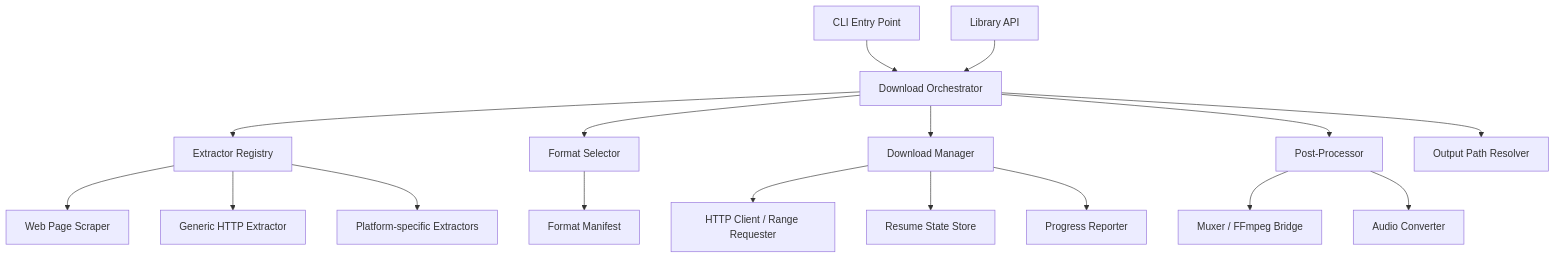
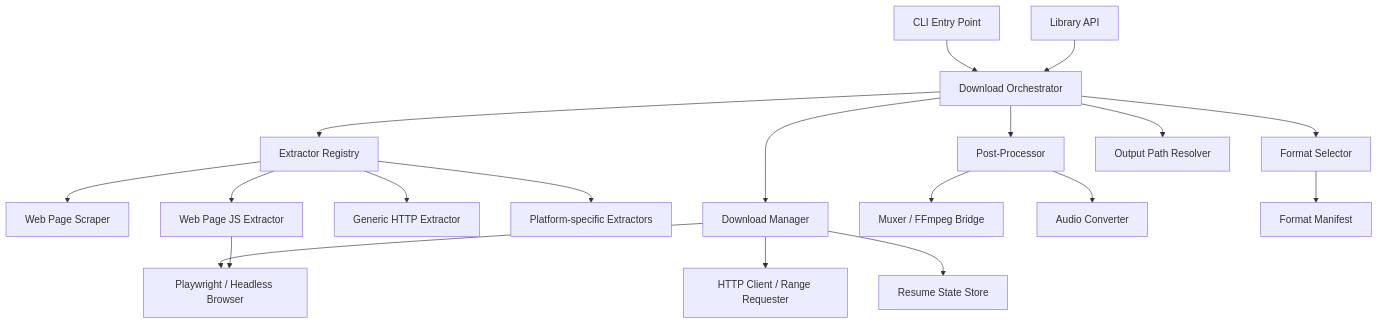
Before and after one commit to peter-njoro/media-downloader: the first of 4 diagrams in docs/design.md, drawn with Mermaid. The commit also changed other lines of this file and 9 other files, not shown here.

````diff
--- a/docs/design.md
+++ b/docs/design.md
@@ -12,24 +12,27 @@
 ```mermaid
 graph TD
     CLI[CLI Entry Point] --> Core[Download Orchestrator]
     API[Library API] --> Core
 
     Core --> ER[Extractor Registry]
     ER --> EX1[Web Page Scraper]
+    ER --> EX1B[Web Page JS Extractor]
     ER --> EX2[Generic HTTP Extractor]
     ER --> EXN[Platform-specific Extractors]
 
     Core --> FS[Format Selector]
     Core --> DM[Download Manager]
     Core --> PP[Post-Processor]
     Core --> OP[Output Path Resolver]
 
     DM --> HC[HTTP Client / Range Requester]
     DM --> RS[Resume State Store]
     DM --> PB[Progress Reporter]
 
     PP --> MX[Muxer / FFmpeg Bridge]
     PP --> AC[Audio Converter]
 
     FS --> FM[Format Manifest]
+
+    EX1B --> PB[Playwright / Headless Browser]
 ```
````
